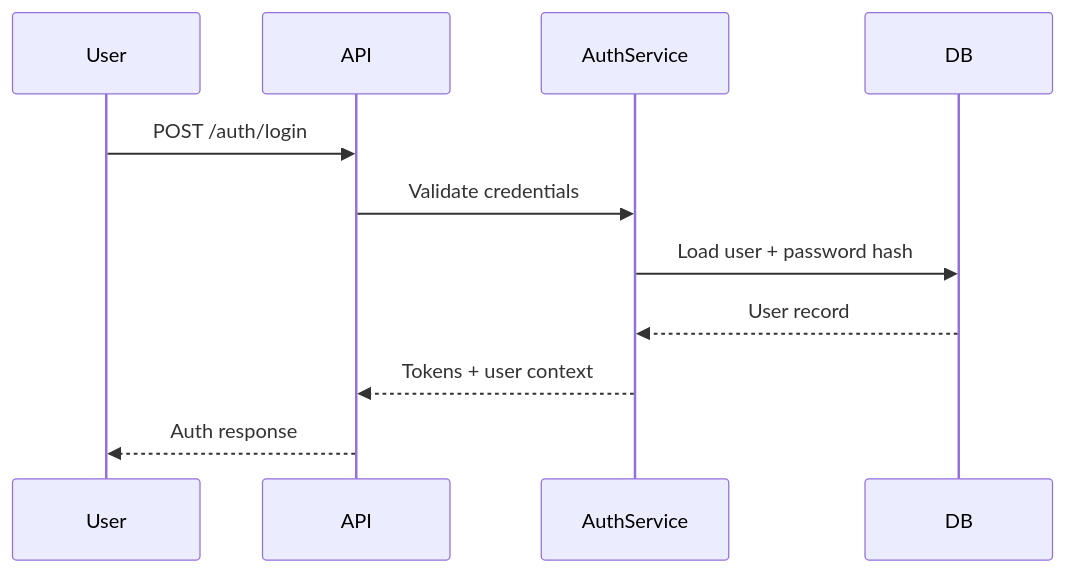
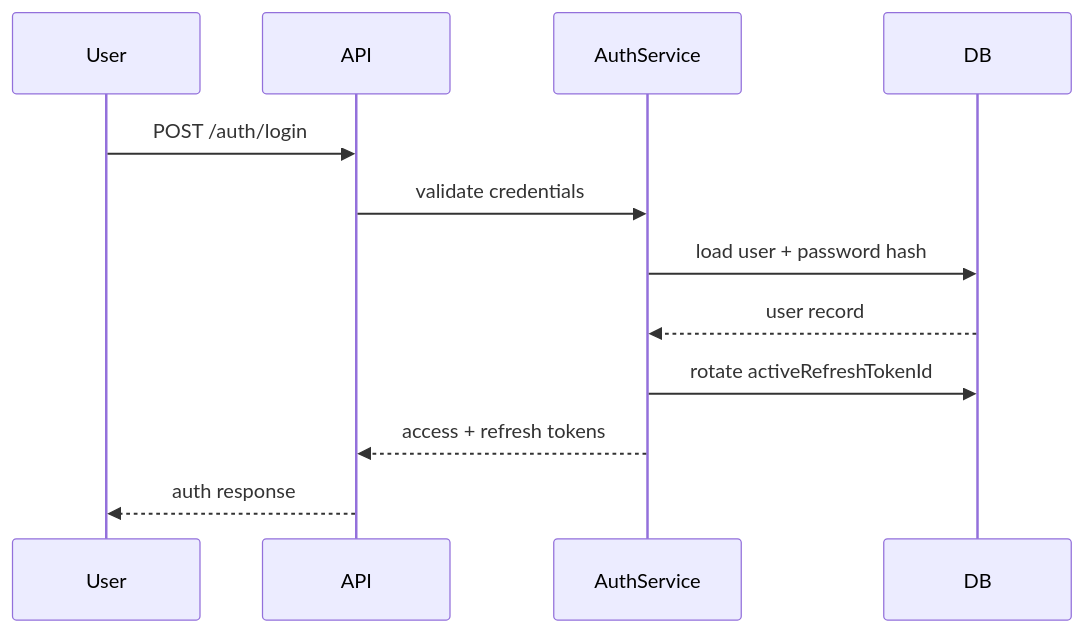
Before and after one commit to sultanmaliki/LinkedOut: the diagram in docs/authentication.md, drawn with Mermaid. The commit also changed other lines of this file and 35 other files, not shown here.

````diff
--- a/docs/authentication.md
+++ b/docs/authentication.md
@@ -22,13 +34,14 @@
 ```mermaid
 sequenceDiagram
   participant User
   participant API
   participant AuthService
   participant DB
   User->>API: POST /auth/login
-  API->>AuthService: Validate credentials
-  AuthService->>DB: Load user + password hash
-  DB-->>AuthService: User record
-  AuthService-->>API: Tokens + user context
-  API-->>User: Auth response
+  API->>AuthService: validate credentials
+  AuthService->>DB: load user + password hash
+  DB-->>AuthService: user record
+  AuthService->>DB: rotate activeRefreshTokenId
+  AuthService-->>API: access + refresh tokens
+  API-->>User: auth response
 ```
````
